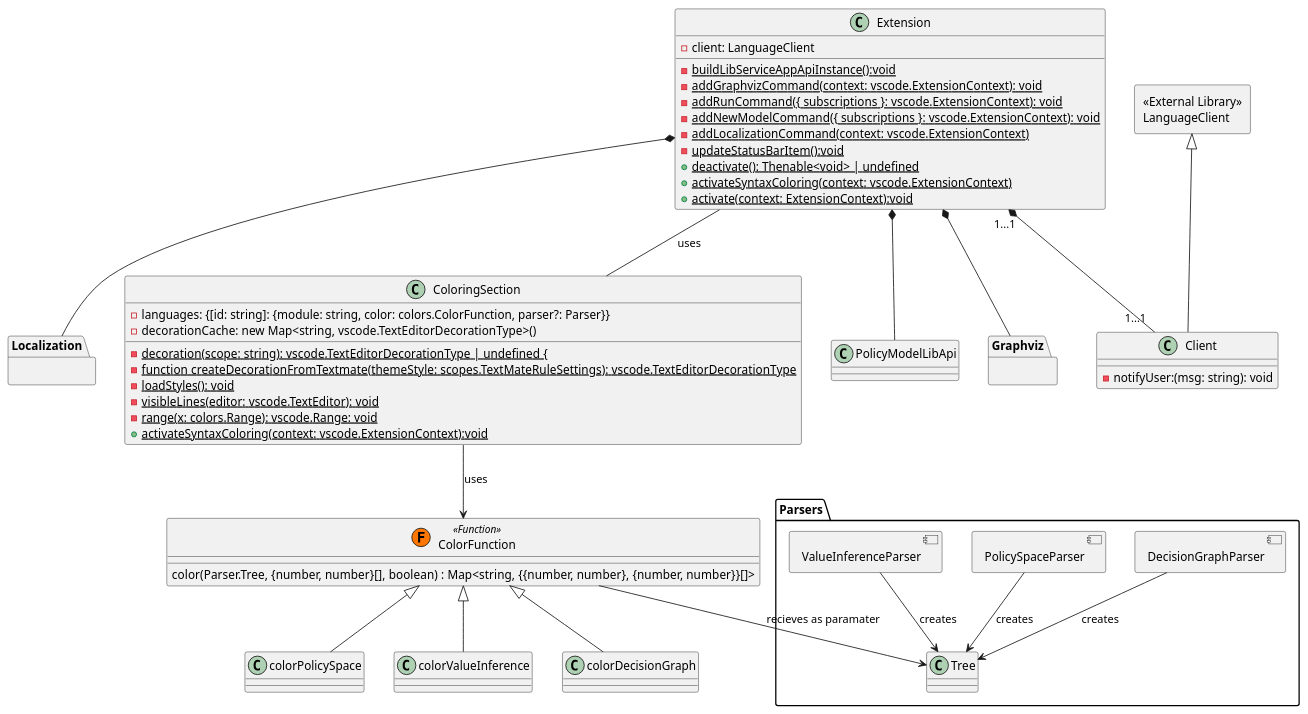
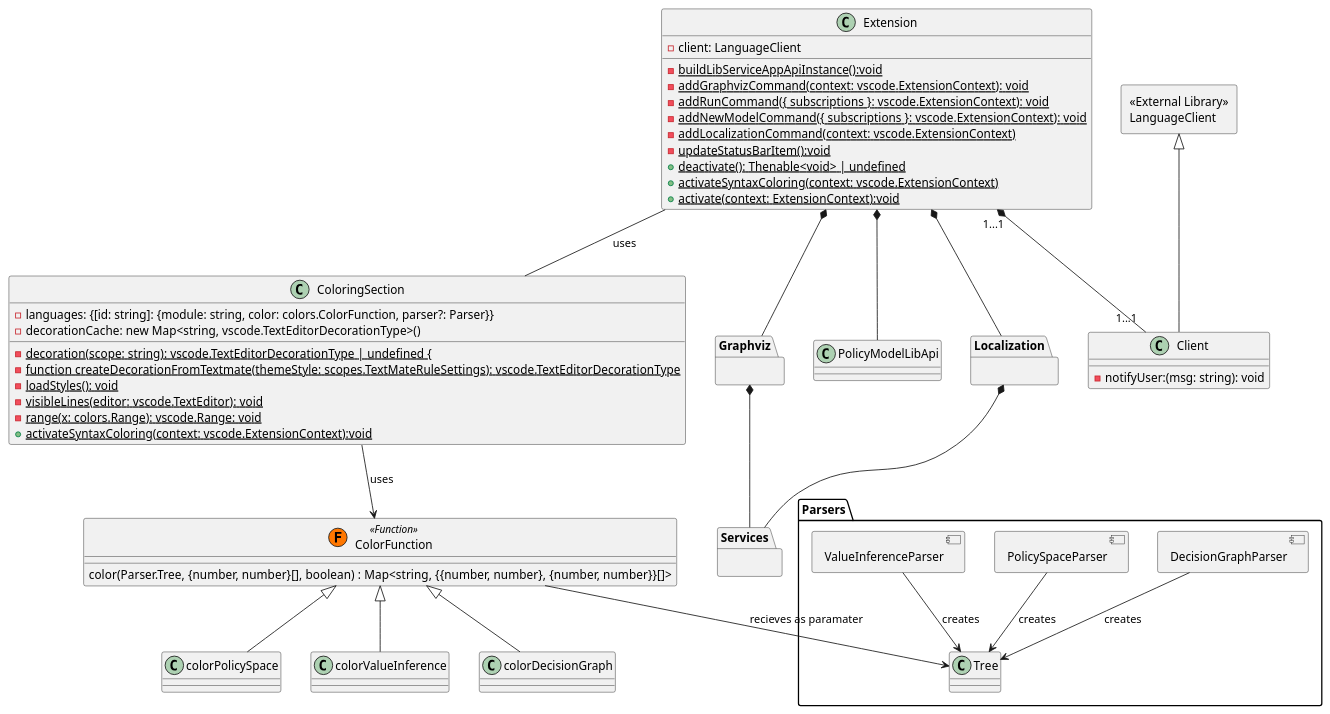
The diagram in diagrams/client/ExtensionClassDiagram.puml (wolfj123/PolicyModelsPlugin), drawn with PlantUML before and after one commit.

```diff
--- a/diagrams/client/ExtensionClassDiagram.puml
+++ b/diagrams/client/ExtensionClassDiagram.puml
@@ -1,92 +1,98 @@
 @startuml
 
 
 class Extension {
     - client: LanguageClient
 
     - {static} buildLibServiceAppApiInstance():void
     - {static} addGraphvizCommand(context: vscode.ExtensionContext): void
     - {static} addRunCommand({ subscriptions }: vscode.ExtensionContext): void
     - {static} addNewModelCommand({ subscriptions }: vscode.ExtensionContext): void
     - {static} addLocalizationCommand(context: vscode.ExtensionContext)
     - {static} updateStatusBarItem():void
     + {static} deactivate(): Thenable<void> | undefined
     + {static} activateSyntaxColoring(context: vscode.ExtensionContext)
     + {static} activate(context: ExtensionContext):void
 }
 
 rectangle extConnection [
     <<External Library>>
     LanguageClient
 ]
 
 
 class Client extends extConnection{
     - notifyUser:(msg: string): void
 }
 
 
 class ColoringSection {
     - languages: {[id: string]: {module: string, color: colors.ColorFunction, parser?: Parser}}
     {field}- decorationCache: new Map<string, vscode.TextEditorDecorationType>()
 
     -{static} decoration(scope: string): vscode.TextEditorDecorationType | undefined {
     -{static} function createDecorationFromTextmate(themeStyle: scopes.TextMateRuleSettings): vscode.TextEditorDecorationType
     -{static} loadStyles(): void
     -{static} visibleLines(editor: vscode.TextEditor): void
     -{static}  range(x: colors.Range): vscode.Range: void
     +{static} activateSyntaxColoring(context: vscode.ExtensionContext):void 
 }
 
 
 
 
 Extension "1...1" *-- "1...1" Client
 Extension -- ColoringSection : uses
 Extension *-- Graphviz
 Extension *-- Localization
 Extension *-- PolicyModelLibApi 
+Graphviz *-- Services
+Localization *-- Services
 
 
 package Graphviz {
 }
 
 package Localization {
 }
 
 class PolicyModelLibApi {
 }
+
+package Services {
+}
+
 
 ' Color description
 allowmixing
 
 package Parsers {
     component DecisionGraphParser
     component PolicySpaceParser
     component ValueInferenceParser
     class Tree
 
 	DecisionGraphParser --> Tree : "creates"
 	PolicySpaceParser --> Tree : "creates"
 	ValueInferenceParser --> Tree : "creates"
 }
 
 class ColorFunction << (F,#FF7700) Function>>{
 	color(Parser.Tree, {number, number}[], boolean) : Map<string, {{number, number}, {number, number}}[]>
 }
 
 
 class colorDecisionGraph extends ColorFunction {	
 }
 
 class colorPolicySpace extends ColorFunction {	
 }
 
 class colorValueInference extends ColorFunction {	
 }
 
 ColorFunction --> Tree : recieves as paramater
 ColoringSection --> ColorFunction : uses
 
 
 @enduml
```
